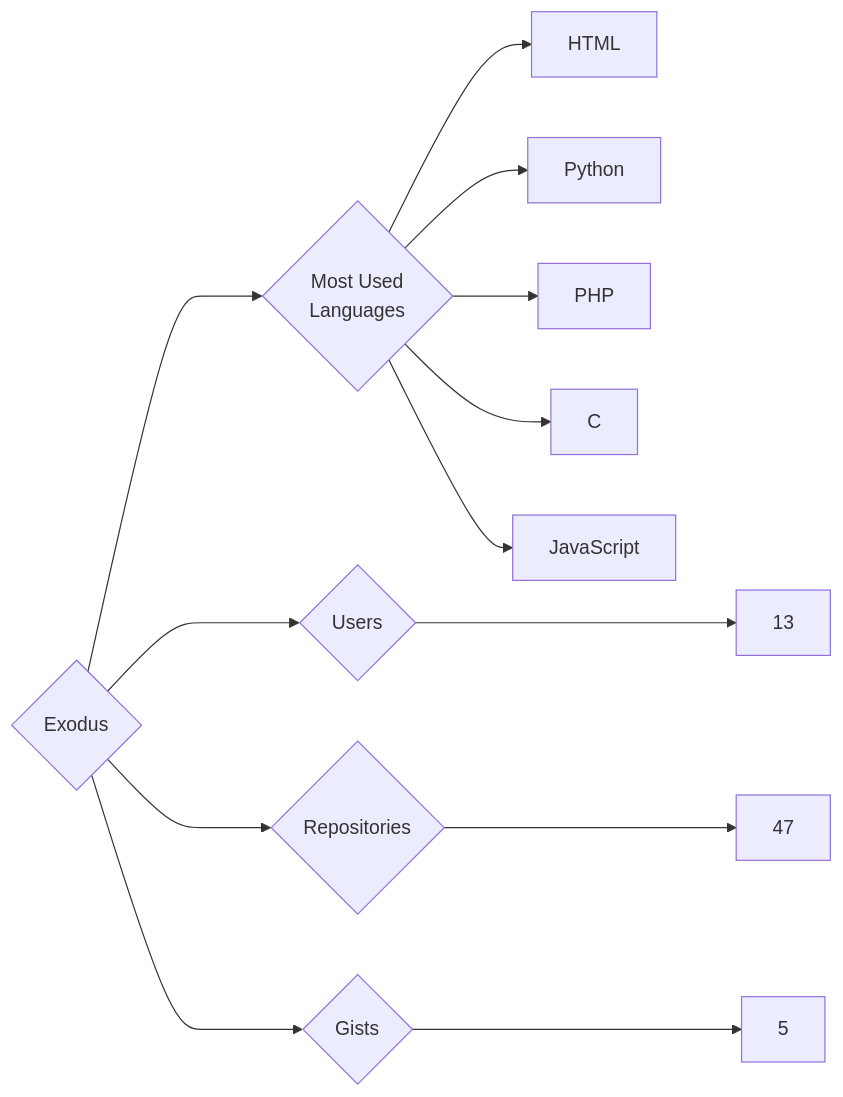
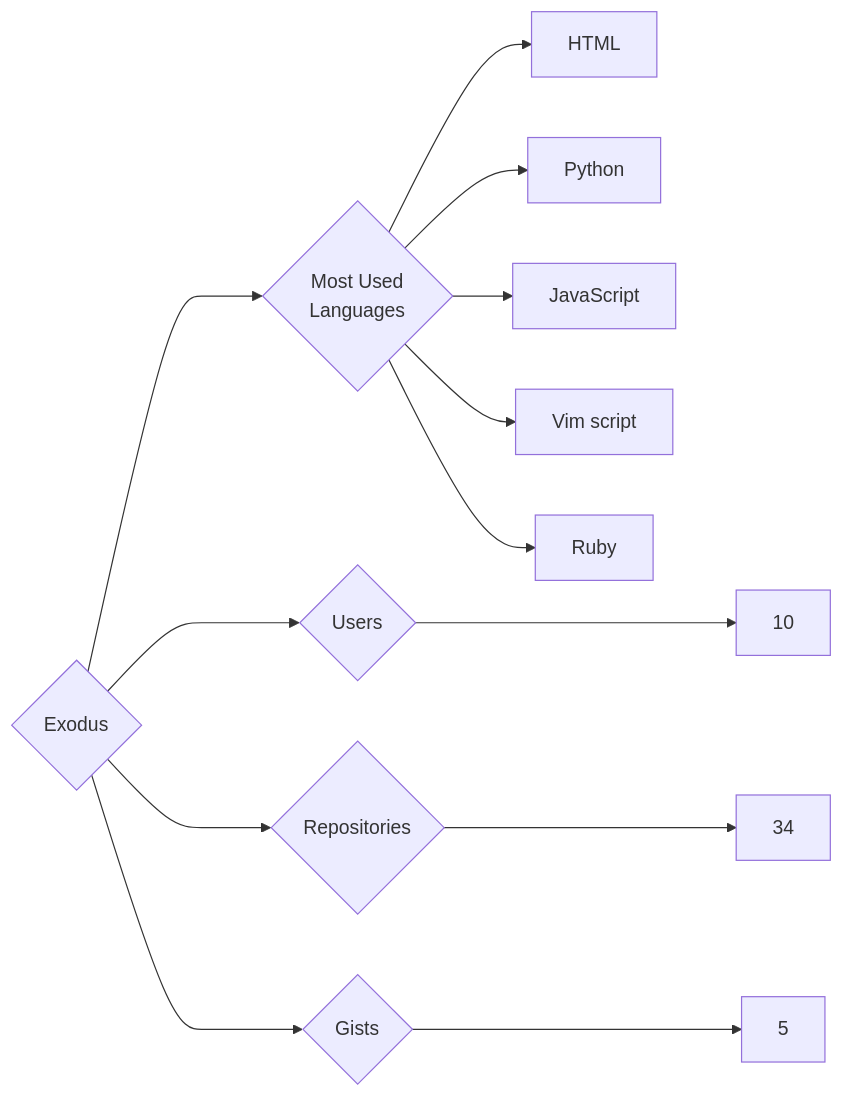
One commit to trickest/insiders changed the diagram in targets/Exodus/README.md. Above: the diagram before and after it, drawn with Mermaid. The commit also changed 874 other files, not shown here.

````diff
--- a/targets/Exodus/README.md
+++ b/targets/Exodus/README.md
@@ -3,13 +3,13 @@
 ```mermaid
 graph LR
 COMPANY_NAME{Exodus}
-COMPANY_NAME ---> U{Users} ---> UN[13]
-COMPANY_NAME ---> R{Repositories} ---> RN[47]
+COMPANY_NAME ---> U{Users} ---> UN[10]
+COMPANY_NAME ---> R{Repositories} ---> RN[34]
 COMPANY_NAME ---> G{Gists} ---> GN[5]
 COMPANY_NAME ---> ML{Most Used<br>Languages}
 ML --> HTML[HTML]
 ML --> Python[Python]
-ML --> PHP[PHP]
-ML --> C[C]
 ML --> JavaScript[JavaScript]
+ML --> Vim_script[Vim script]
+ML --> Ruby[Ruby]
 ```
````
